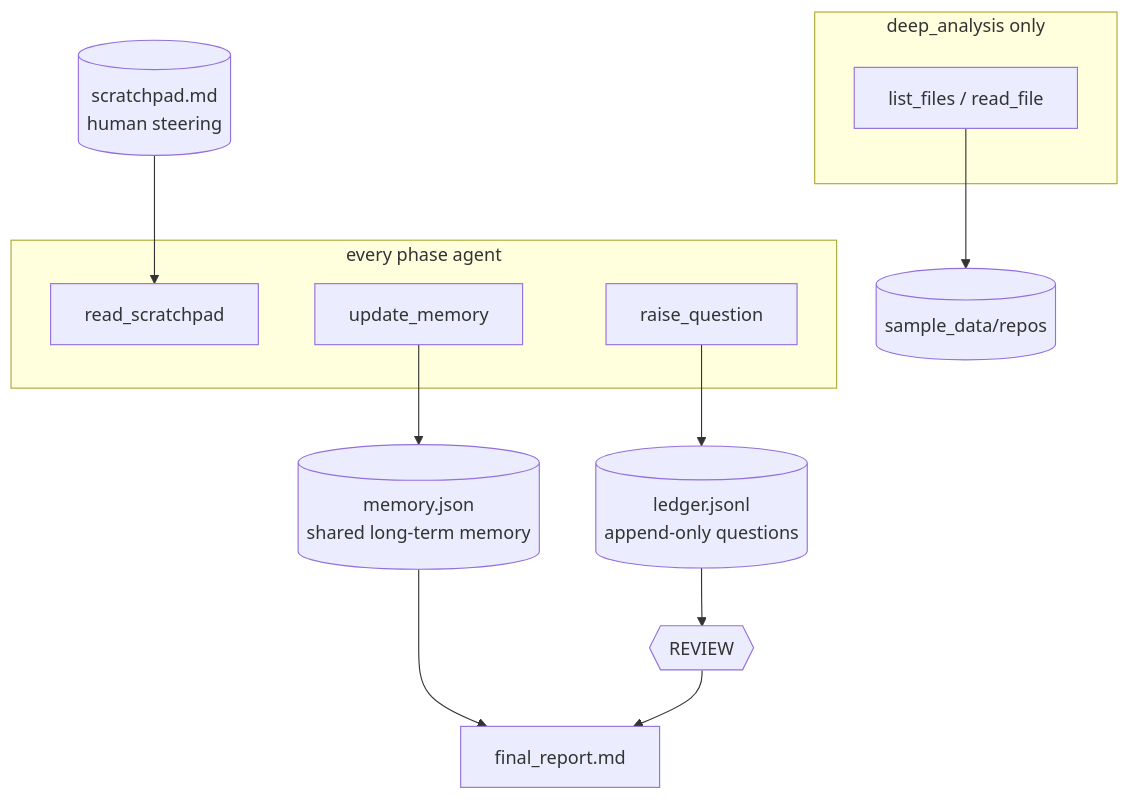
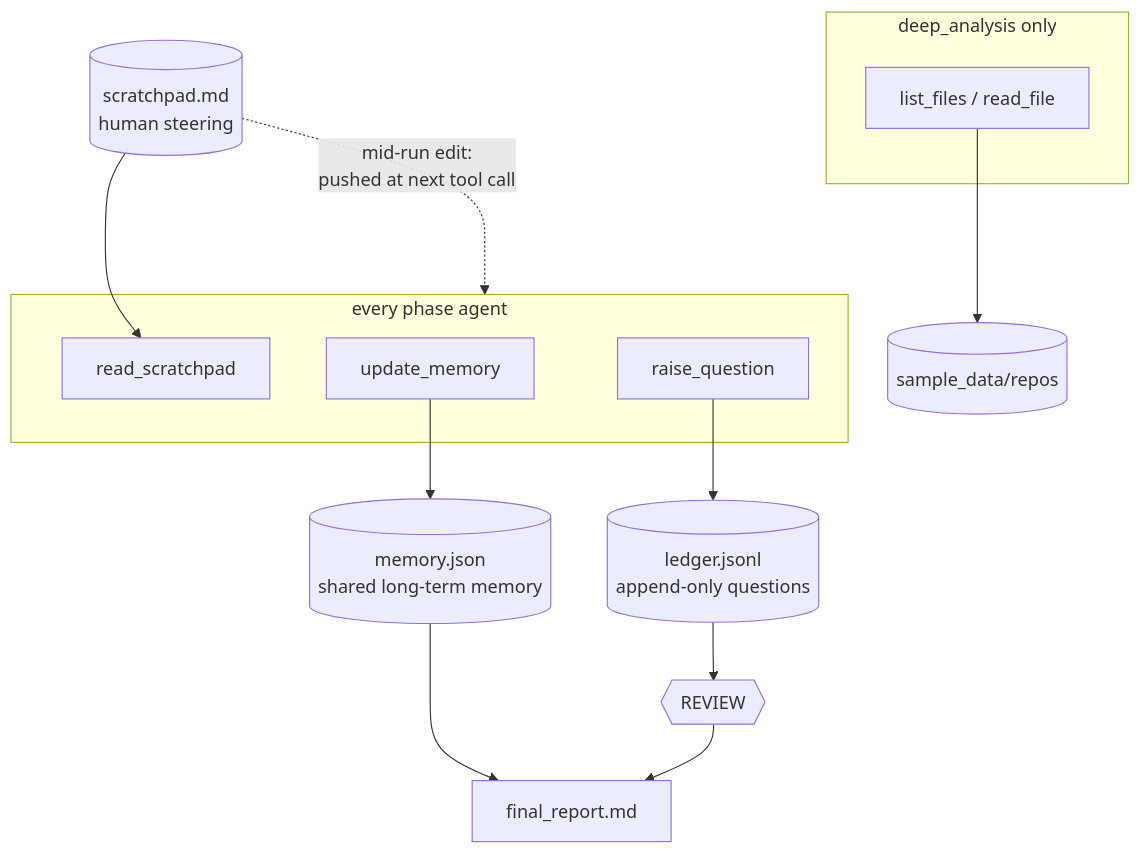
One commit to timothywong731/agent-framework-hotl changed the third of 3 diagrams in README.md. Above: the diagram before and after it, drawn with Mermaid. The commit also changed other lines of this file and 1 other file, not shown here.

````diff
--- a/README.md
+++ b/README.md
@@ -81,18 +85,19 @@
 ```mermaid
 flowchart TB
     subgraph AGENT [every phase agent]
         T1[read_scratchpad]
         T2[raise_question]
         T3[update_memory]
     end
     subgraph ANALYZER [deep_analysis only]
         T4[list_files / read_file]
     end
     SP[(scratchpad.md<br>human steering)] --> T1
+    SP -. "mid-run edit:<br>pushed at next tool call" .-> AGENT
     T2 --> L[(ledger.jsonl<br>append-only questions)]
     T3 --> M[(memory.json<br>shared long-term memory)]
     T4 --> REPOS[(sample_data/repos)]
     L --> R{{REVIEW}}
     M --> FR[final_report.md]
     R --> FR
 ```
````
